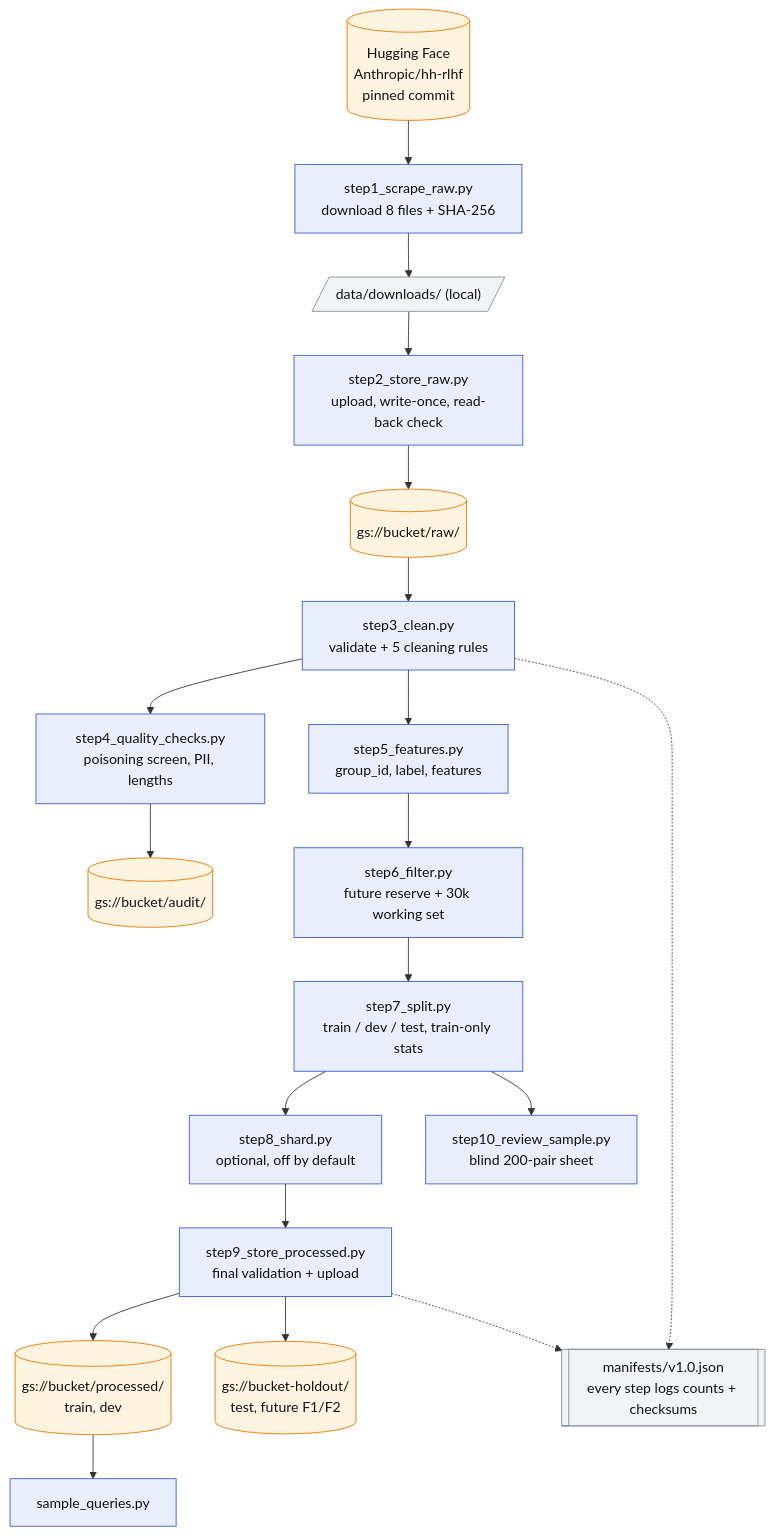
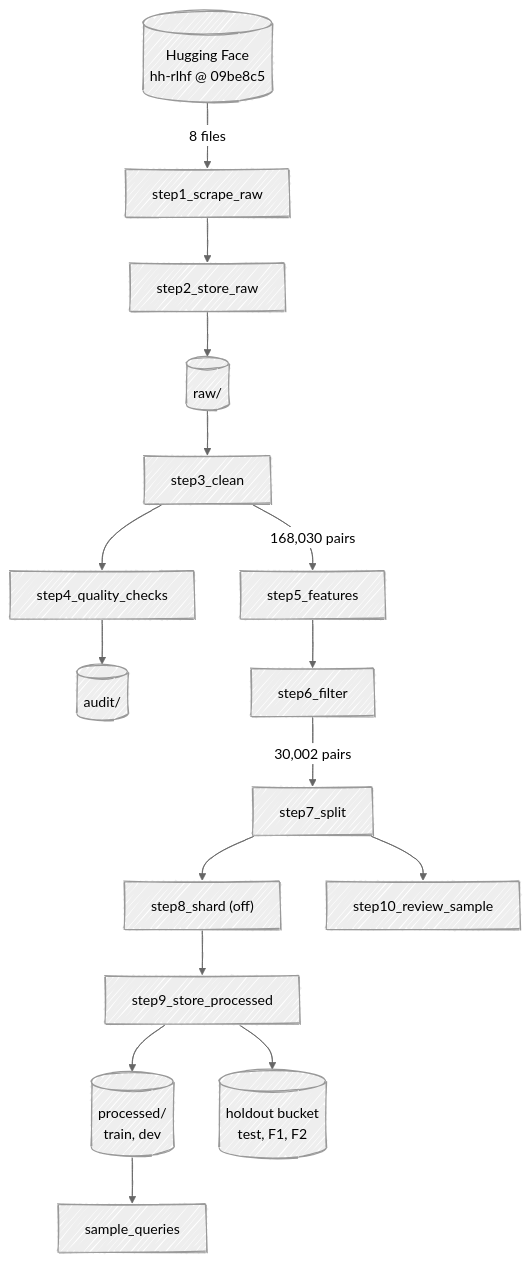
One commit to bounchun/rlhf-reward-model-pipeline-m2 changed the diagram in docs/diagrams/workflow.mmd. Above: the diagram before and after it, drawn with Mermaid. The commit also changed 3 other files, not shown here.

```diff
--- a/docs/diagrams/workflow.mmd
+++ b/docs/diagrams/workflow.mmd
@@ -1,35 +1,30 @@
+---
+config:
+  look: handDrawn
+  theme: neutral
+---
 flowchart TD
-  HF[("Hugging Face<br/>Anthropic/hh-rlhf<br/>pinned commit")]
-  S1["step1_scrape_raw.py<br/>download 8 files + SHA-256"]
-  DL[/"data/downloads/ (local)"/]
-  S2["step2_store_raw.py<br/>upload, write-once, read-back check"]
-  RAW[("gs://bucket/raw/")]
-  S3["step3_clean.py<br/>validate + 5 cleaning rules"]
-  S4["step4_quality_checks.py<br/>poisoning screen, PII, lengths"]
-  AUD[("gs://bucket/audit/")]
-  S5["step5_features.py<br/>group_id, label, features"]
-  S6["step6_filter.py<br/>future reserve + 30k working set"]
-  S7["step7_split.py<br/>train / dev / test, train-only stats"]
-  S8["step8_shard.py<br/>optional, off by default"]
-  S9["step9_store_processed.py<br/>final validation + upload"]
-  PROC[("gs://bucket/processed/<br/>train, dev")]
-  HOLD[("gs://bucket-holdout/<br/>test, future F1/F2")]
-  S10["step10_review_sample.py<br/>blind 200-pair sheet"]
-  Q["sample_queries.py"]
-  MAN[["manifests/v1.0.json<br/>every step logs counts + checksums"]]
+  HF[("Hugging Face<br>hh-rlhf @ 09be8c5")]
+  S1[step1_scrape_raw]
+  S2[step2_store_raw]
+  RAW[(raw/)]
+  S3[step3_clean]
+  S4[step4_quality_checks]
+  AUD[(audit/)]
+  S5[step5_features]
+  S6[step6_filter]
+  S7[step7_split]
+  S8["step8_shard (off)"]
+  S9[step9_store_processed]
+  PROC[("processed/<br>train, dev")]
+  HOLD[("holdout bucket<br>test, F1, F2")]
+  S10[step10_review_sample]
+  Q[sample_queries]
 
-  HF --> S1 --> DL --> S2 --> RAW --> S3 --> S4 --> AUD
-  S3 --> S5 --> S6 --> S7 --> S8 --> S9
-  S9 --> PROC
+  HF -->|8 files| S1 --> S2 --> RAW --> S3
+  S3 --> S4 --> AUD
+  S3 -->|"168,030 pairs"| S5 --> S6
+  S6 -->|"30,002 pairs"| S7 --> S8 --> S9
+  S7 --> S10
+  S9 --> PROC --> Q
   S9 --> HOLD
-  S7 --> S10
-  PROC --> Q
-  S3 -.-> MAN
-  S9 -.-> MAN
-
-  classDef step fill:#e8eefc,stroke:#3b5bdb,color:#111;
-  classDef store fill:#fff4e0,stroke:#e67700,color:#111;
-  classDef local fill:#f1f3f5,stroke:#868e96,color:#111;
-  class S1,S2,S3,S4,S5,S6,S7,S8,S9,S10,Q step;
-  class RAW,AUD,PROC,HOLD,HF store;
-  class DL,MAN local;
```
